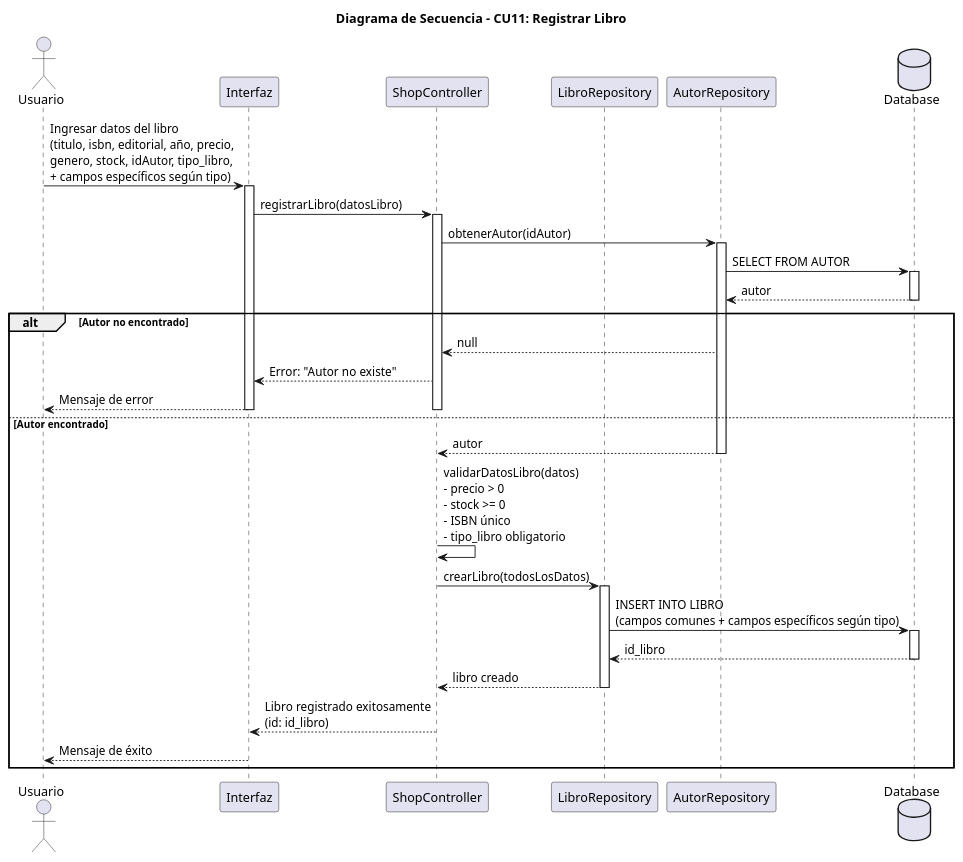
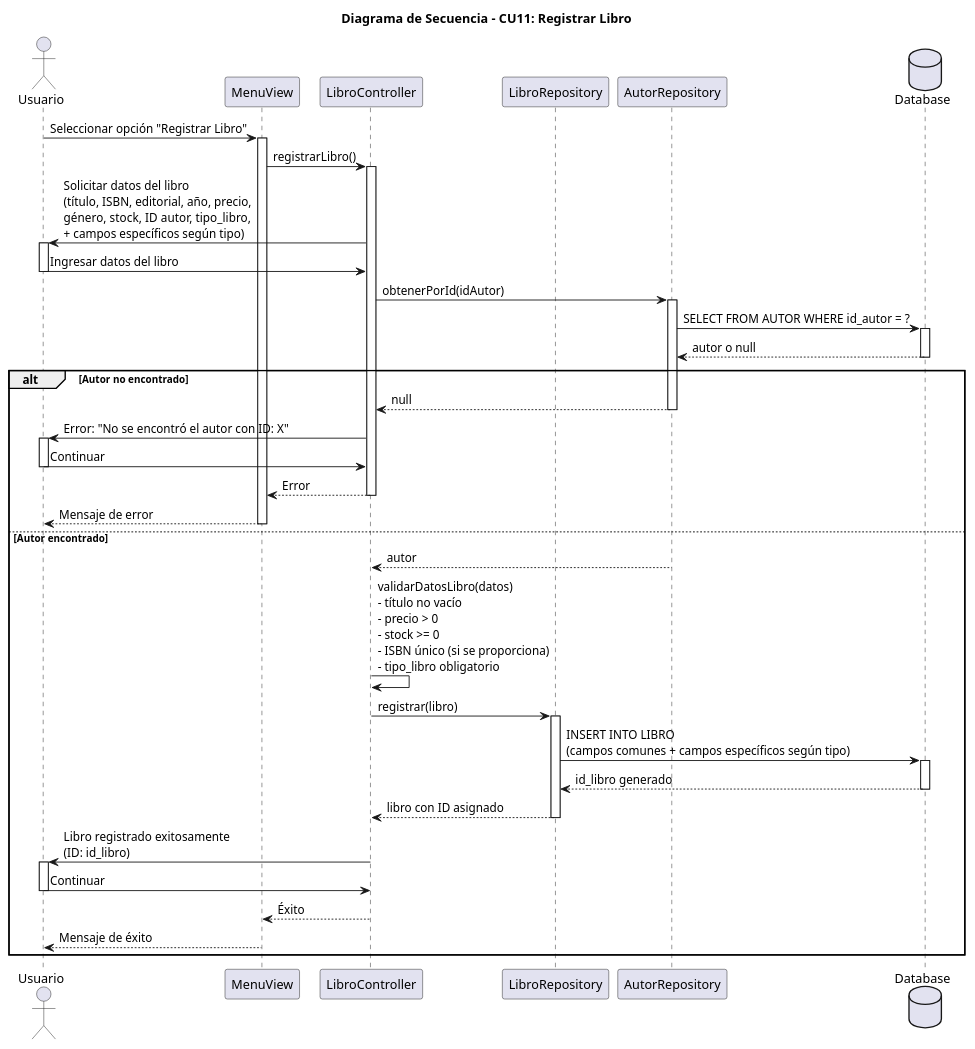
The diagram in documentacion/diagrama_secuencia_registrar_libro.puml (DaianaArena/cozybooks-project), drawn with PlantUML before and after one commit. The commit also changed 2 other files, not shown here.

Commit message:
Refactor sequence diagrams for registering books and sales to enhance clarity and detail. Updated participant names and interactions to reflect the new architecture, including the introduction of MenuView and specific controller classes. Improved error handling and user prompts in the diagrams, ensuring a more comprehensive representation of the processes involved in book registration and sales transactions.

```diff
--- a/documentacion/diagrama_secuencia_registrar_libro.puml
+++ b/documentacion/diagrama_secuencia_registrar_libro.puml
@@ -1,58 +1,74 @@
 @startuml
 title Diagrama de Secuencia - CU11: Registrar Libro
 
 actor "Usuario" as Usuario
-participant "Interfaz" as Interfaz
-participant "ShopController" as Controller
-participant "LibroRepository" as Repository
-participant "AutorRepository" as AutorRepo
+participant "MenuView" as MenuView
+participant "LibroController" as LibroController
+participant "LibroRepository" as LibroRepository
+participant "AutorRepository" as AutorRepository
 database "Database" as DB
 
-Usuario -> Interfaz : Ingresar datos del libro\n(titulo, isbn, editorial, año, precio,\ngenero, stock, idAutor, tipo_libro,\n+ campos específicos según tipo)
-activate Interfaz
+Usuario -> MenuView : Seleccionar opción "Registrar Libro"
+activate MenuView
 
-Interfaz -> Controller : registrarLibro(datosLibro)
-activate Controller
+MenuView -> LibroController : registrarLibro()
+activate LibroController
+
+LibroController -> Usuario : Solicitar datos del libro\n(título, ISBN, editorial, año, precio,\ngénero, stock, ID autor, tipo_libro,\n+ campos específicos según tipo)
+activate Usuario
+
+Usuario -> LibroController : Ingresar datos del libro
+deactivate Usuario
 
 ' Validar que existe el autor
-Controller -> AutorRepo : obtenerAutor(idAutor)
-activate AutorRepo
+LibroController -> AutorRepository : obtenerPorId(idAutor)
+activate AutorRepository
 
-AutorRepo -> DB : SELECT FROM AUTOR
+AutorRepository -> DB : SELECT FROM AUTOR WHERE id_autor = ?
 activate DB
-DB --> AutorRepo : autor
+DB --> AutorRepository : autor o null
 deactivate DB
 
 alt Autor no encontrado
-    AutorRepo --> Controller : null
-    Controller --> Interfaz : Error: "Autor no existe"
-    Interfaz --> Usuario : Mensaje de error
-    deactivate Controller
-    deactivate Interfaz
+    AutorRepository --> LibroController : null
+    deactivate AutorRepository
+    LibroController -> Usuario : Error: "No se encontró el autor con ID: X"
+    activate Usuario
+    Usuario -> LibroController : Continuar
+    deactivate Usuario
+    LibroController --> MenuView : Error
+    deactivate LibroController
+    MenuView --> Usuario : Mensaje de error
+    deactivate MenuView
 else Autor encontrado
-    AutorRepo --> Controller : autor
-    deactivate AutorRepo
+    AutorRepository --> LibroController : autor
+    deactivate AutorRepository
     
     ' Validar datos del libro
-    Controller -> Controller : validarDatosLibro(datos)\n- precio > 0\n- stock >= 0\n- ISBN único\n- tipo_libro obligatorio
+    LibroController -> LibroController : validarDatosLibro(datos)\n- título no vacío\n- precio > 0\n- stock >= 0\n- ISBN único (si se proporciona)\n- tipo_libro obligatorio
     
     ' Insertar en tabla LIBRO con todos los campos
-    Controller -> Repository : crearLibro(todosLosDatos)
-    activate Repository
+    LibroController -> LibroRepository : registrar(libro)
+    activate LibroRepository
     
-    Repository -> DB : INSERT INTO LIBRO\n(campos comunes + campos específicos según tipo)
+    LibroRepository -> DB : INSERT INTO LIBRO\n(campos comunes + campos específicos según tipo)
     activate DB
-    DB --> Repository : id_libro
+    DB --> LibroRepository : id_libro generado
     deactivate DB
     
-    Repository --> Controller : libro creado
-    deactivate Repository
+    LibroRepository --> LibroController : libro con ID asignado
+    deactivate LibroRepository
     
-    Controller --> Interfaz : Libro registrado exitosamente\n(id: id_libro)
-    deactivate Controller
+    LibroController -> Usuario : Libro registrado exitosamente\n(ID: id_libro)
+    activate Usuario
+    Usuario -> LibroController : Continuar
+    deactivate Usuario
     
-    Interfaz --> Usuario : Mensaje de éxito
-    deactivate Interfaz
+    LibroController --> MenuView : Éxito
+    deactivate LibroController
+    
+    MenuView --> Usuario : Mensaje de éxito
+    deactivate MenuView
 end
 
 @enduml
```
